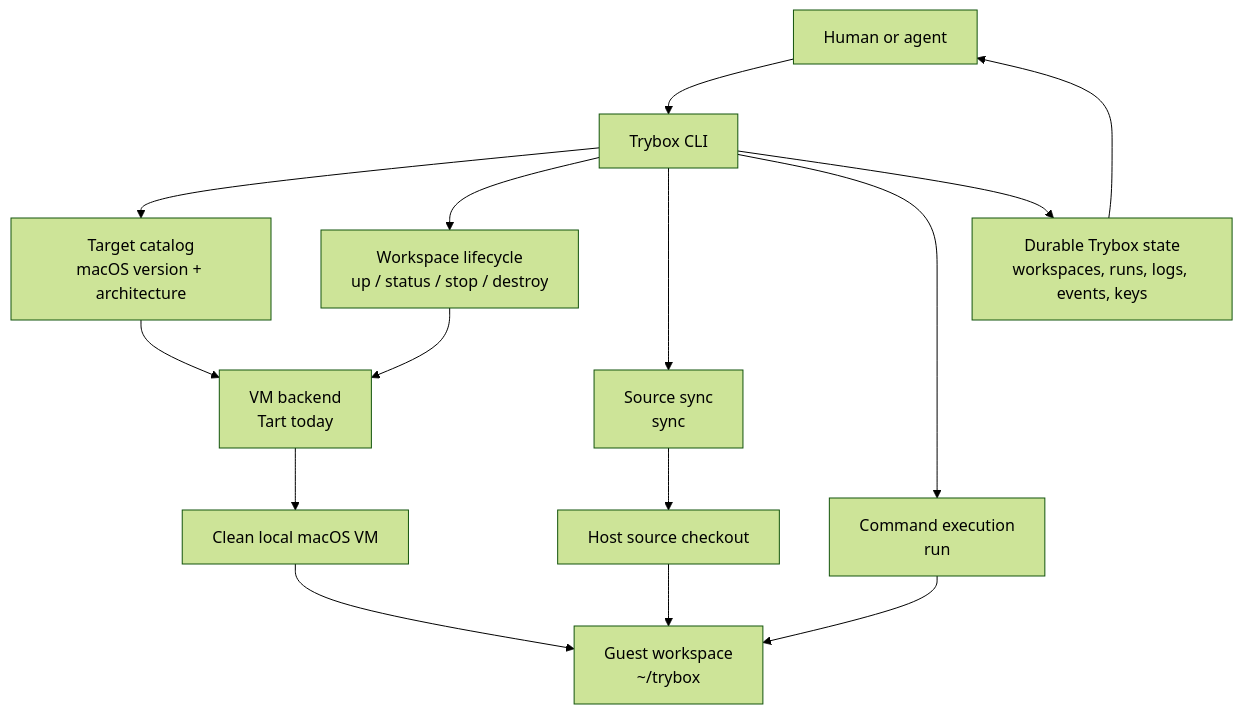
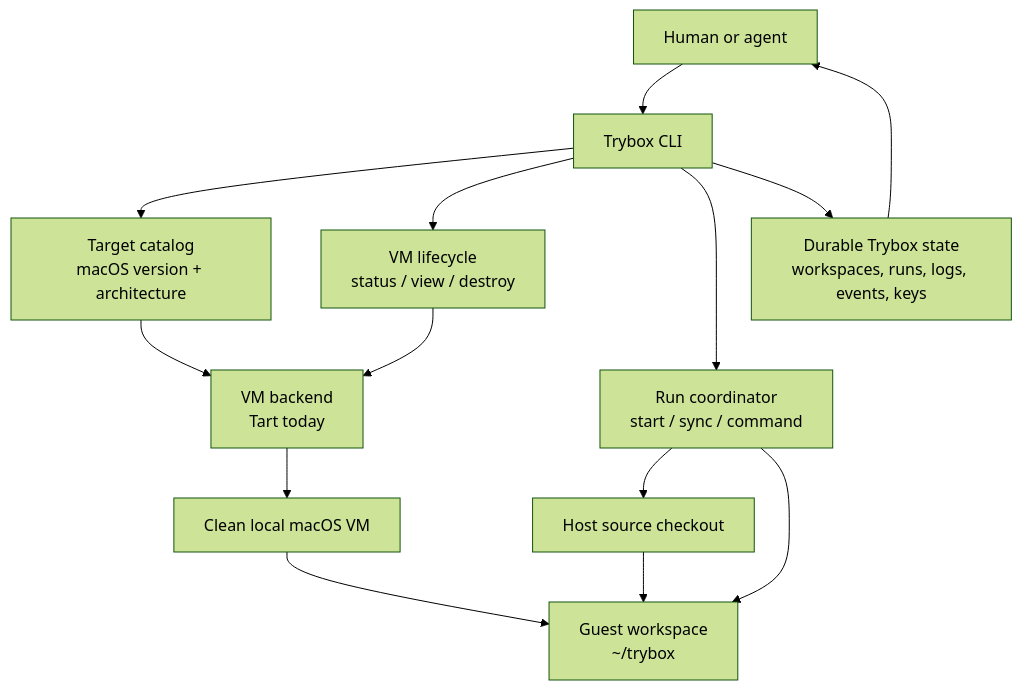
Before and after one commit to jwmossmoz/trybox: the diagram in docs/architecture.md, drawn with Mermaid (forest theme). The commit also changed other lines of this file and 39 other files, not shown here.

````diff
--- a/docs/architecture.md
+++ b/docs/architecture.md
@@ -46,21 +43,20 @@
 ```mermaid
 flowchart TD
     user["Human or agent"] --> cli["Trybox CLI"]
 
     cli --> targets["Target catalog<br/>macOS version + architecture"]
-    cli --> lifecycle["Workspace lifecycle<br/>up / status / stop / destroy"]
-    cli --> sync["Source sync<br/>sync"]
-    cli --> run["Command execution<br/>run"]
+    cli --> lifecycle["VM lifecycle<br/>status / view / destroy"]
+    cli --> run["Run coordinator<br/>start / sync / command"]
 
     targets --> backend["VM backend<br/>Tart today"]
     lifecycle --> backend
     backend --> vm["Clean local macOS VM"]
 
-    sync --> checkout["Host source checkout"]
+    run --> checkout["Host source checkout"]
     checkout --> workspace["Guest workspace<br/>~/trybox"]
     vm --> workspace
     run --> workspace
 
     cli --> state["Durable Trybox state<br/>workspaces, runs, logs, events, keys"]
     state --> user
 ```
````
